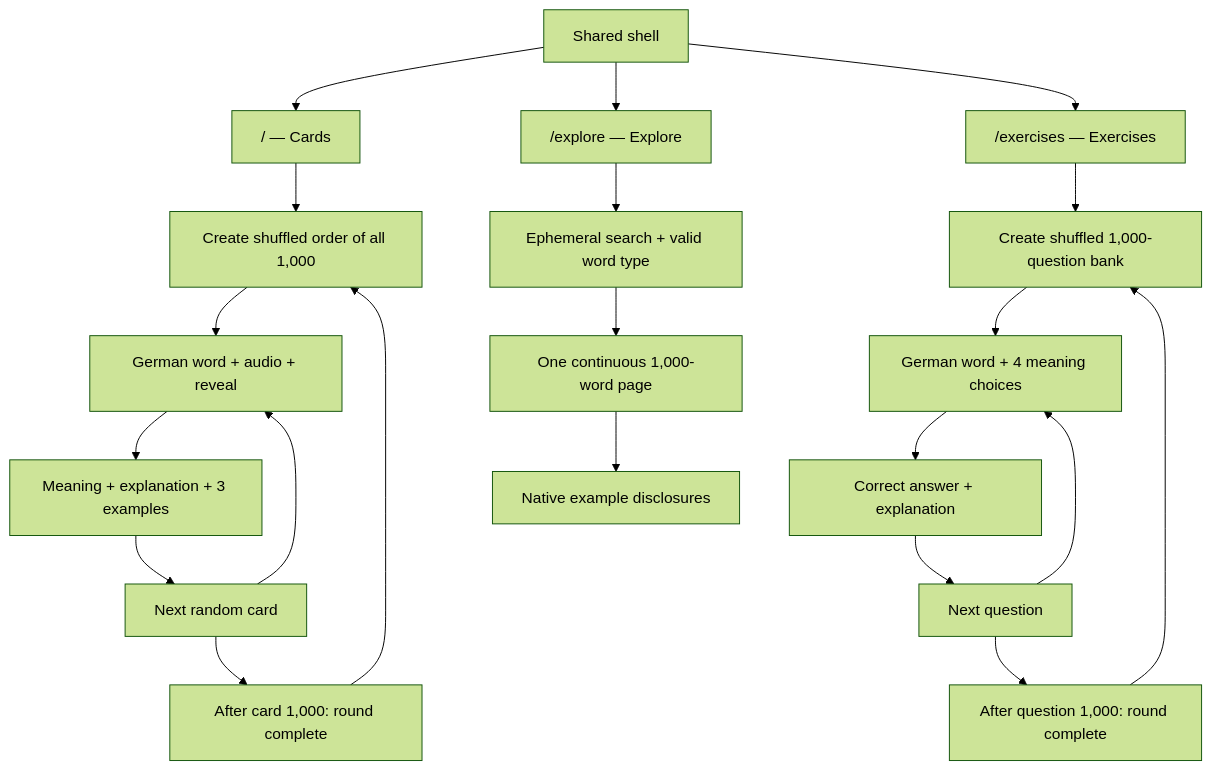
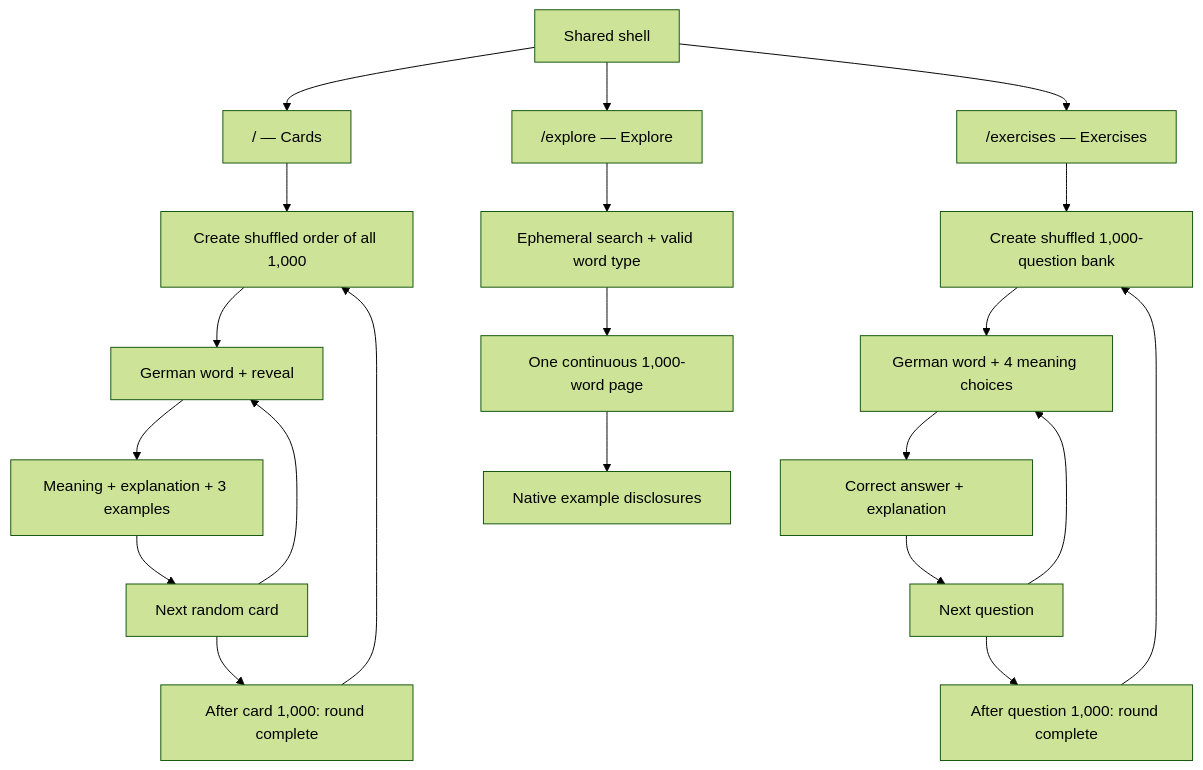
Before and after one commit to derinbarutcu17/german1000: the diagram in docs/flow-map.md, drawn with Mermaid (forest theme). The commit also changed 12 other files, not shown here.

````diff
--- a/docs/flow-map.md
+++ b/docs/flow-map.md
@@ -5,23 +5,23 @@
 ```mermaid
 flowchart TD
   Shell["Shared shell"] --> Cards["/ — Cards"]
   Shell --> Explore["/explore — Explore"]
   Shell --> Exercises["/exercises — Exercises"]
   Cards --> LoadDeck["Create shuffled order of all 1,000"]
-  LoadDeck --> Front["German word + audio + reveal"]
+  LoadDeck --> Front["German word + reveal"]
   Front --> Back["Meaning + explanation + 3 examples"]
   Back --> Next["Next random card"]
   Next --> Front
   Next --> Complete["After card 1,000: round complete"]
   Complete --> LoadDeck
   Explore --> Filters["Ephemeral search + valid word type"]
   Filters --> Index["One continuous 1,000-word page"]
   Index --> Details["Native example disclosures"]
   Exercises --> LoadBank["Create shuffled 1,000-question bank"]
   LoadBank --> Question["German word + 4 meaning choices"]
   Question --> Feedback["Correct answer + explanation"]
   Feedback --> NextQuestion["Next question"]
   NextQuestion --> Question
   NextQuestion --> ExerciseComplete["After question 1,000: round complete"]
   ExerciseComplete --> LoadBank
 ```
````
